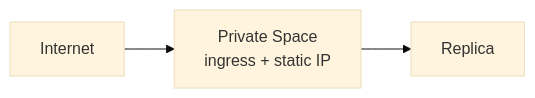
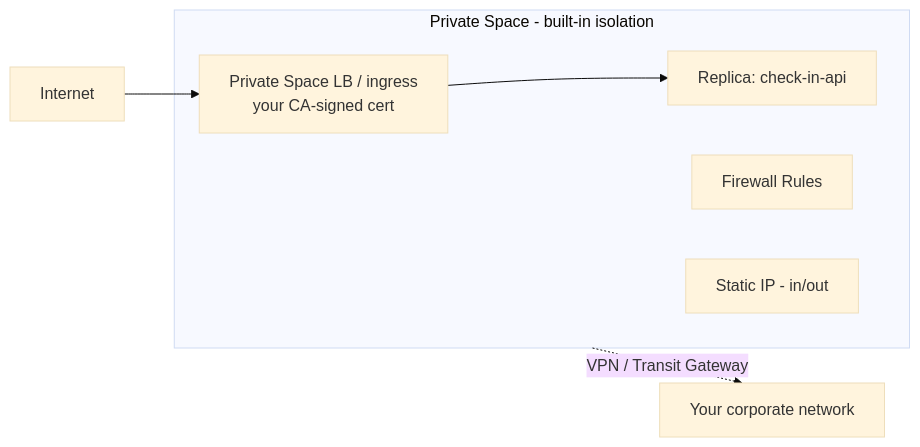
One commit to Hands-On-Project-Lab/MuleSoft-Hands-On changed the third of 4 diagrams in concepts/16-cloudhub-rtf-deployment-targets.md. Above: the diagram before and after it, drawn with Mermaid (base theme). The commit also changed other lines of this file and 1 other file, not shown here.

````diff
--- a/concepts/16-cloudhub-rtf-deployment-targets.md
+++ b/concepts/16-cloudhub-rtf-deployment-targets.md
@@ -29,4 +49,10 @@
 ```mermaid
 flowchart LR
-  I[Internet] --> PS[Private Space<br/>ingress + static IP] --> R[Replica]
+  I[Internet] --> PSLB[Private Space LB / ingress<br/>your CA-signed cert]
+  subgraph PS[Private Space - built-in isolation]
+    PSLB --> R[Replica: check-in-api]
+    FW[Firewall Rules]
+    SIP[Static IP - in/out]
+  end
+  PS -.VPN / Transit Gateway.-> Corp[Your corporate network]
 ```
````
